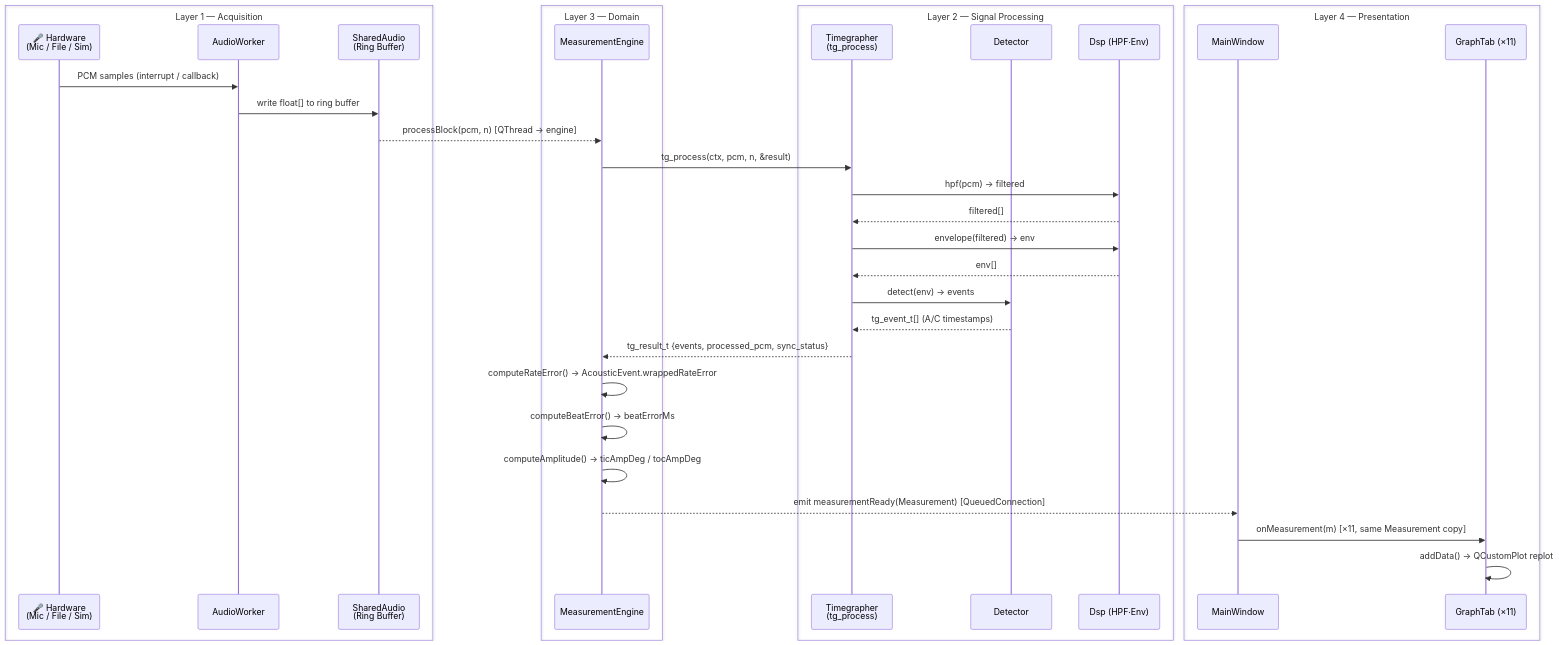
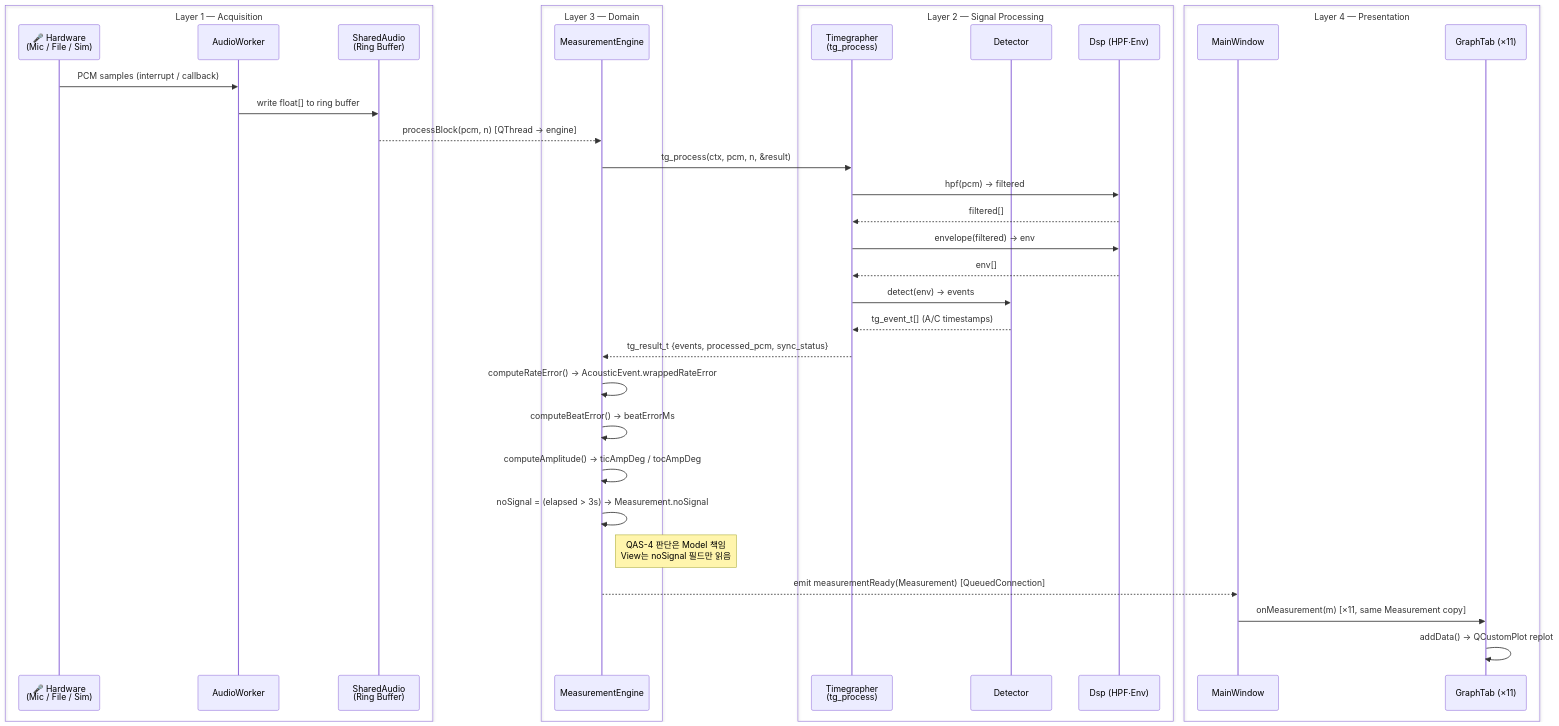
Before and after one commit to Ji-Min-Lee/2026-3-sw-architect-studio-project: the fourth of 6 diagrams in docs/week2/architecture-design.md, drawn with Mermaid. The commit also changed other lines of this file, not shown here.

First line of the commit message:
docs: reflect MVC role boundary refactoring in architecture design

````diff
--- a/docs/week2/architecture-design.md
+++ b/docs/week2/architecture-design.md
@@ -195,41 +196,43 @@
 ```mermaid
 sequenceDiagram
     box Layer 1 — Acquisition
         participant HW as 🎤 Hardware<br/>(Mic / File / Sim)
         participant AW as AudioWorker
         participant SA as SharedAudio<br/>(Ring Buffer)
     end
     box Layer 3 — Domain
         participant ME as MeasurementEngine
     end
     box Layer 2 — Signal Processing
         participant TG as Timegrapher<br/>(tg_process)
         participant DET as Detector
         participant DSP as Dsp (HPF·Env)
     end
     box Layer 4 — Presentation
         participant MW as MainWindow
         participant TAB as GraphTab (×11)
     end
 
     HW->>AW: PCM samples (interrupt / callback)
     AW->>SA: write float[] to ring buffer
     SA-->>ME: processBlock(pcm, n) [QThread → engine]
 
     ME->>TG: tg_process(ctx, pcm, n, &result)
     TG->>DSP: hpf(pcm) → filtered
     DSP-->>TG: filtered[]
     TG->>DSP: envelope(filtered) → env
     DSP-->>TG: env[]
     TG->>DET: detect(env) → events
     DET-->>TG: tg_event_t[] (A/C timestamps)
     TG-->>ME: tg_result_t {events, processed_pcm, sync_status}
 
     ME->>ME: computeRateError() → AcousticEvent.wrappedRateError
     ME->>ME: computeBeatError() → beatErrorMs
     ME->>ME: computeAmplitude() → ticAmpDeg / tocAmpDeg
+    ME->>ME: noSignal = (elapsed > 3s) → Measurement.noSignal
+    Note right of ME: QAS-4 판단은 Model 책임<br/>View는 noSignal 필드만 읽음
     ME-->>MW: emit measurementReady(Measurement) [QueuedConnection]
 
     MW->>TAB: onMeasurement(m) [×11, same Measurement copy]
     TAB->>TAB: addData() → QCustomPlot replot
 ```
````
